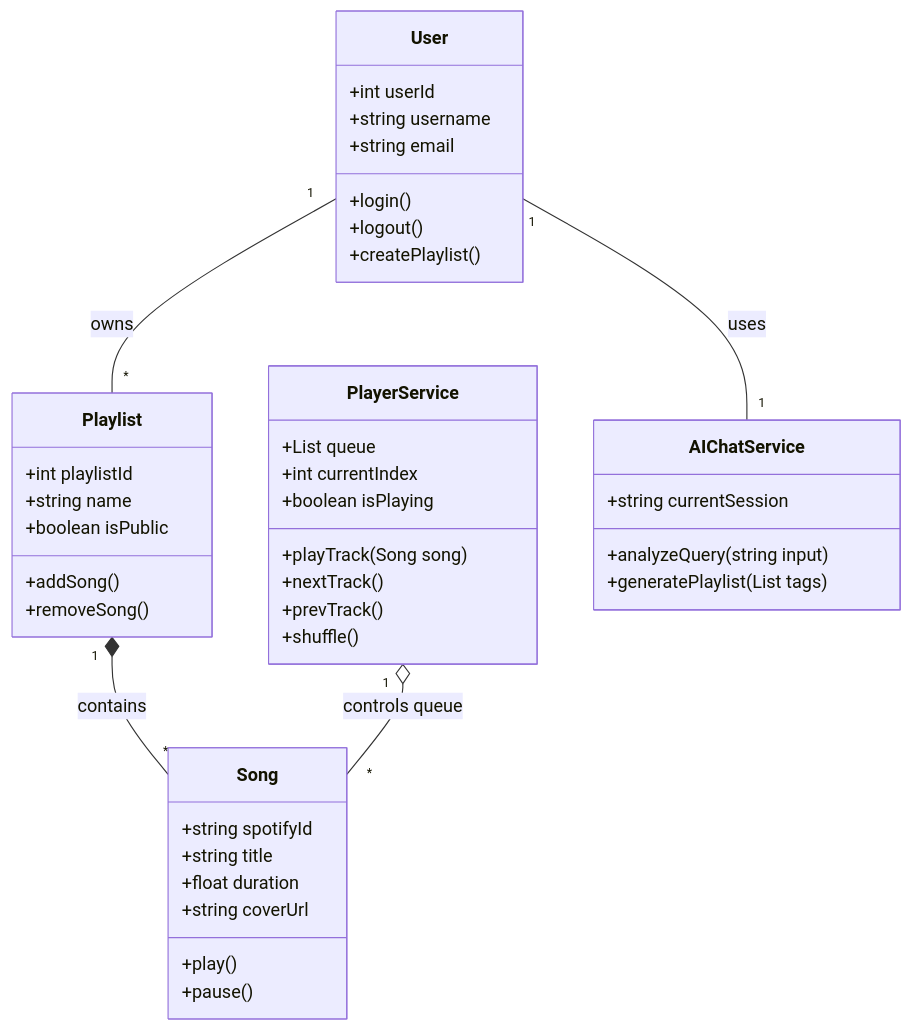
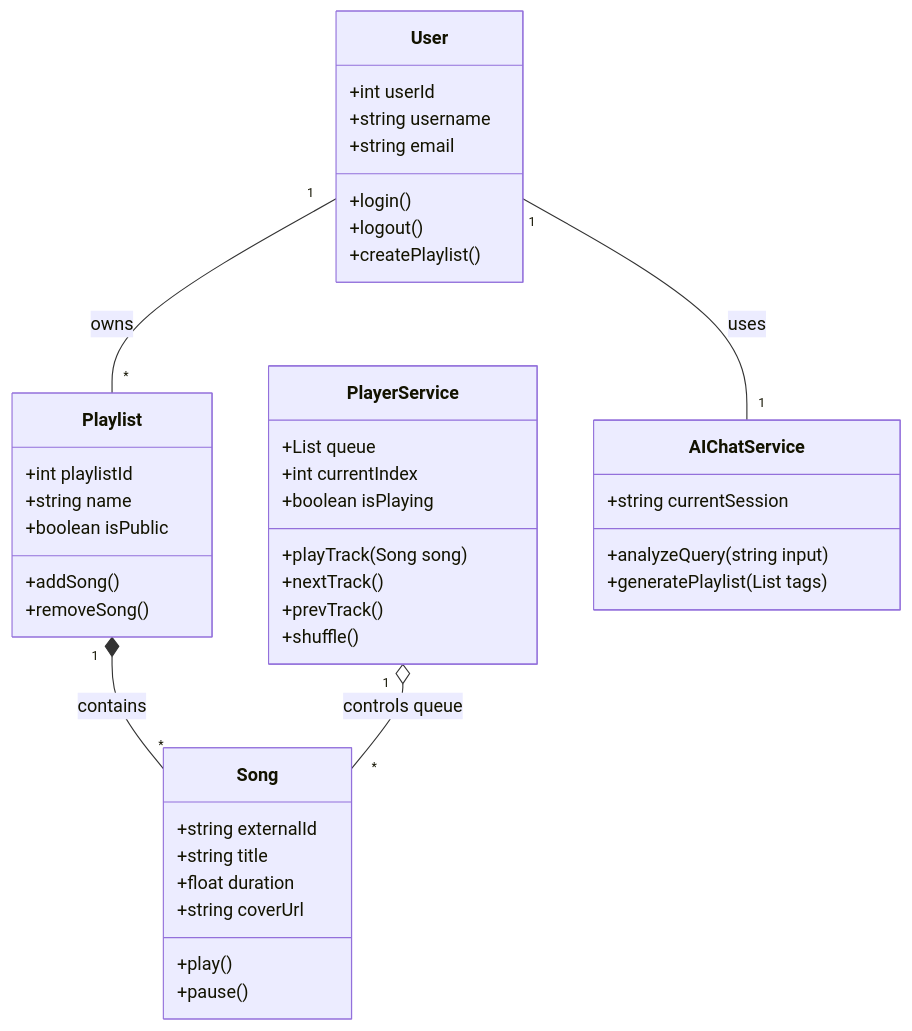
Before and after one commit to 2slimed/music-streaming-proj: the third of 3 diagrams in docs/4_uml_diagrams.md, drawn with Mermaid. The commit also changed 3 other files, not shown here.

Commit message:
refactor: rename spotifyId to externalId (source-agnostic)

````diff
--- a/docs/4_uml_diagrams.md
+++ b/docs/4_uml_diagrams.md
@@ -66,49 +66,49 @@
 ```mermaid
 classDiagram
     class User {
       +int userId
       +string username
       +string email
       +login()
       +logout()
       +createPlaylist()
     }
     
     class Playlist {
       +int playlistId
       +string name
       +boolean isPublic
       +addSong()
       +removeSong()
     }
     
     class Song {
-      +string spotifyId
+      +string externalId
       +string title
       +float duration
       +string coverUrl
       +play()
       +pause()
     }
     
     class PlayerService {
       +List queue
       +int currentIndex
       +boolean isPlaying
       +playTrack(Song song)
       +nextTrack()
       +prevTrack()
       +shuffle()
     }
     
     class AIChatService {
       +string currentSession
       +analyzeQuery(string input)
       +generatePlaylist(List tags)
     }
 
     User "1" -- "*" Playlist : owns
     Playlist "1" *-- "*" Song : contains
     PlayerService "1" o-- "*" Song : controls queue
     User "1" -- "1" AIChatService : uses
 ```
````
